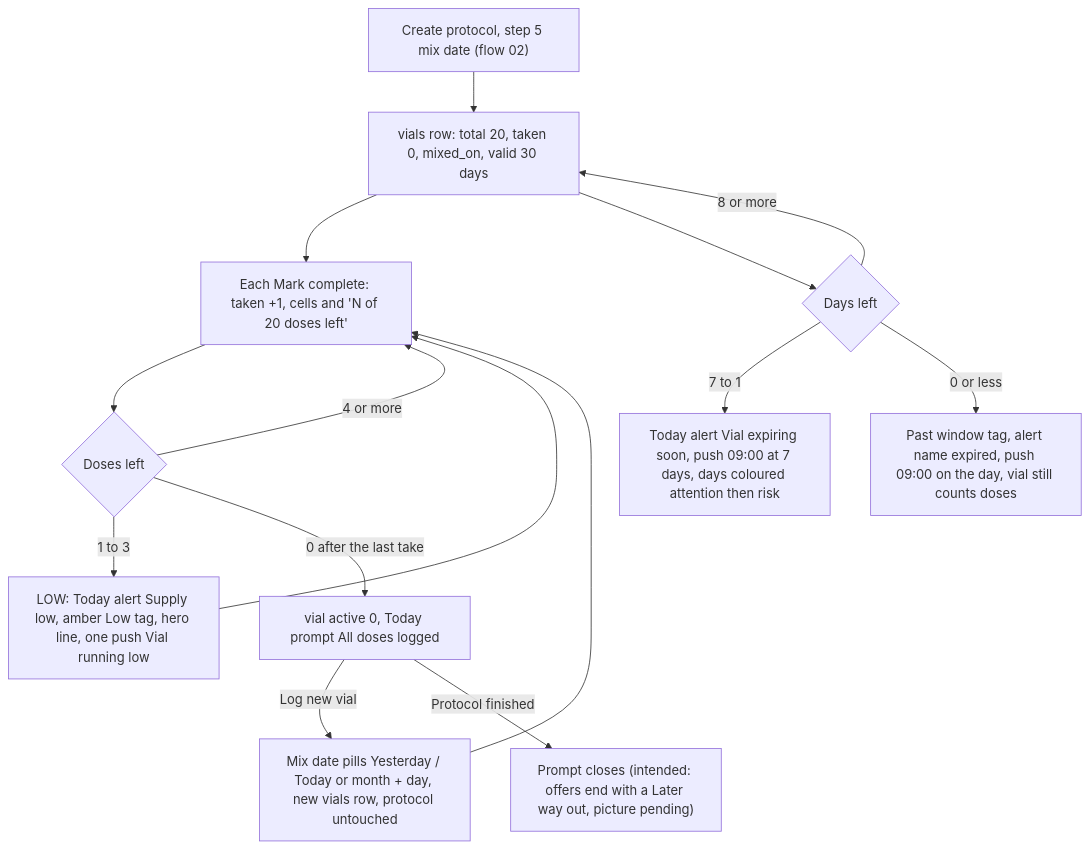
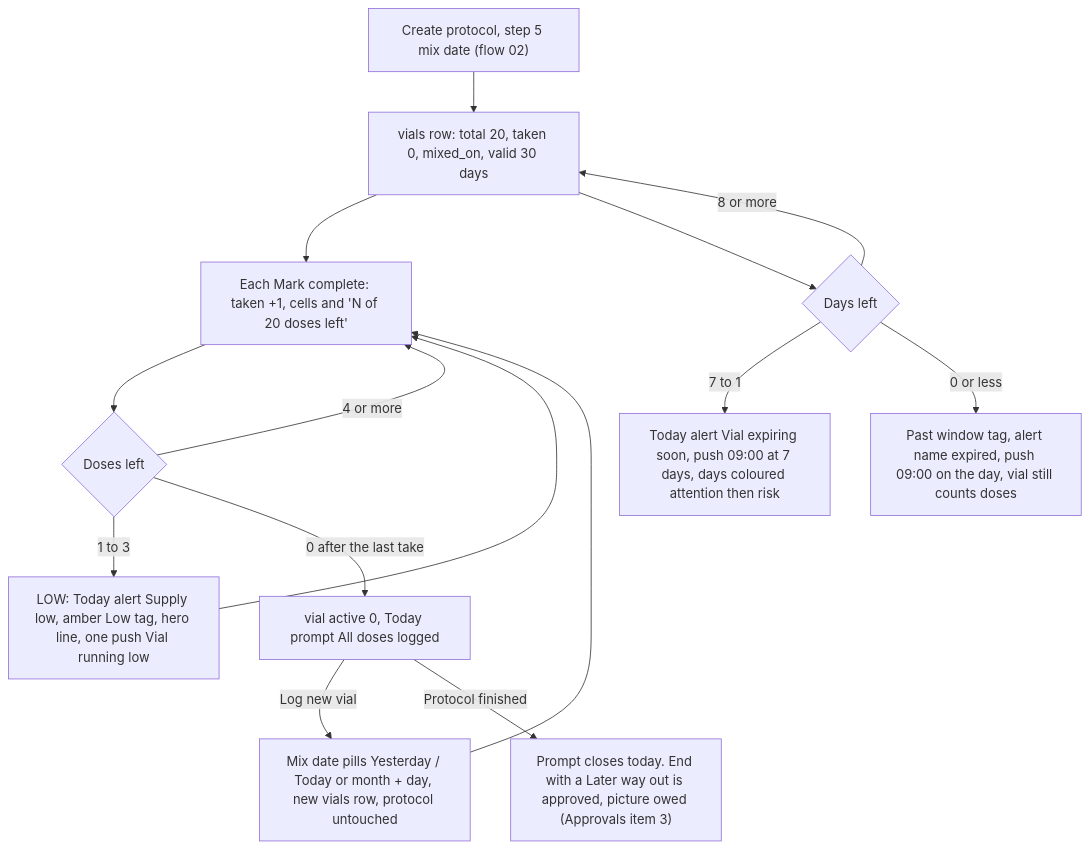
One commit to evandroviskis/dosetrace changed the first of 4 diagrams in docs/product/flows/04-vial-and-supply.md. Above: the diagram before and after it, drawn with Mermaid. The commit also changed other lines of this file and 26 other files, not shown here.

Commit message:
docs/product: round-2 corrections propagated to PRD (G-1..G-233), TRD + dossiers, flows + Portuguese picture from the final registers; 105 diagrams parse; zero stale ids

````diff
--- a/docs/product/flows/04-vial-and-supply.md
+++ b/docs/product/flows/04-vial-and-supply.md
@@ -45,17 +46,17 @@
 ```mermaid
 flowchart TD
   A["Create protocol, step 5 mix date (flow 02)"] --> B["vials row: total 20, taken 0, mixed_on, valid 30 days"]
   B --> C["Each Mark complete: taken +1, cells and 'N of 20 doses left'"]
   C --> D{"Doses left"}
   D -->|"4 or more"| C
   D -->|"1 to 3"| E["LOW: Today alert Supply low, amber Low tag, hero line, one push Vial running low"]
   E --> C
   D -->|"0 after the last take"| F["vial active 0, Today prompt All doses logged"]
   F -->|Log new vial| G["Mix date pills Yesterday / Today or month + day, new vials row, protocol untouched"]
-  F -->|Protocol finished| H["Prompt closes (intended: offers end with a Later way out, picture pending)"]
+  F -->|Protocol finished| H["Prompt closes today. End with a Later way out is approved, picture owed (Approvals item 3)"]
   G --> C
   B --> X{"Days left"}
   X -->|"8 or more"| B
   X -->|"7 to 1"| Y["Today alert Vial expiring soon, push 09:00 at 7 days, days coloured attention then risk"]
   X -->|"0 or less"| Z["Past window tag, alert name expired, push 09:00 on the day, vial still counts doses"]
 ```
````
